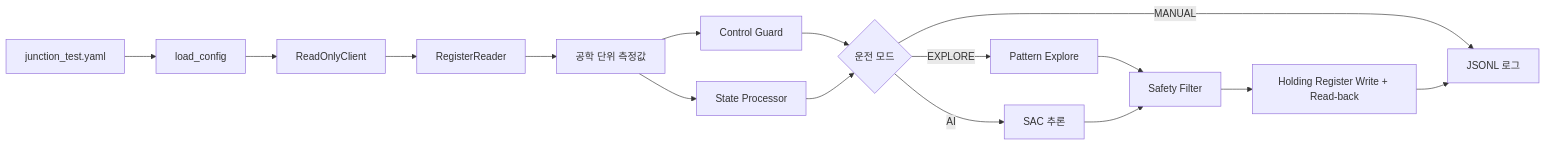
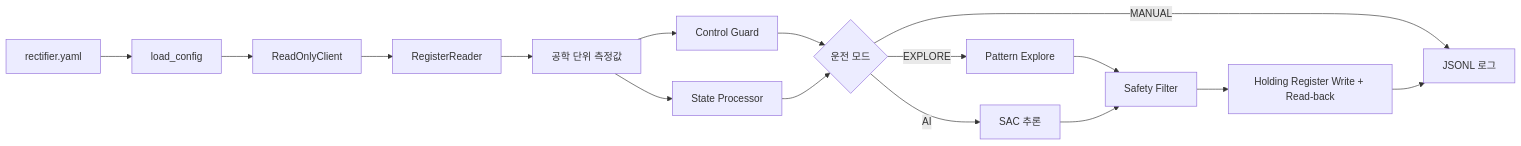
The first of 2 diagrams in docs/ARCHITECTURE.md (DVSY7/LTOP_AI_CP), drawn with Mermaid before and after one commit. The commit also changed other lines of this file and 31 other files, not shown here.

````diff
--- a/docs/ARCHITECTURE.md
+++ b/docs/ARCHITECTURE.md
@@ -16,18 +16,18 @@
 ```mermaid
 flowchart LR
-    YAML[junction_test.yaml] --> Config[load_config]
+    YAML[rectifier.yaml] --> Config[load_config]
     Config --> Client[ReadOnlyClient]
     Client --> Reader[RegisterReader]
     Reader --> Measurements[공학 단위 측정값]
     Measurements --> Guard[Control Guard]
     Measurements --> State[State Processor]
     Guard --> Mode{운전 모드}
     State --> Mode
     Mode -->|MANUAL| Log[JSONL 로그]
     Mode -->|EXPLORE| Explore[Pattern Explore]
     Mode -->|AI| AI[SAC 추론]
     Explore --> Filter[Safety Filter]
     AI --> Filter
     Filter --> Writer[Holding Register Write + Read-back]
     Writer --> Log
 ```
````
